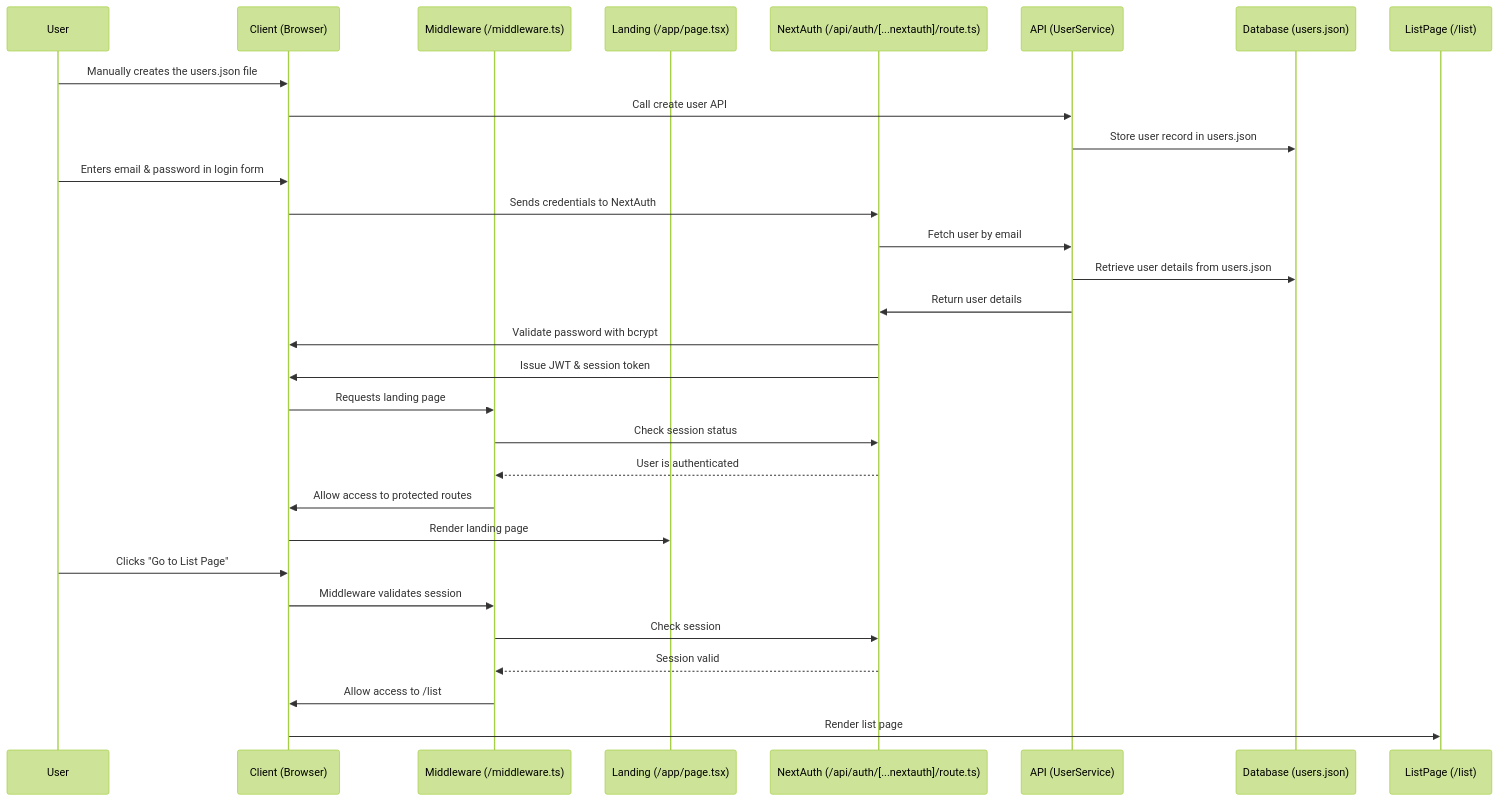
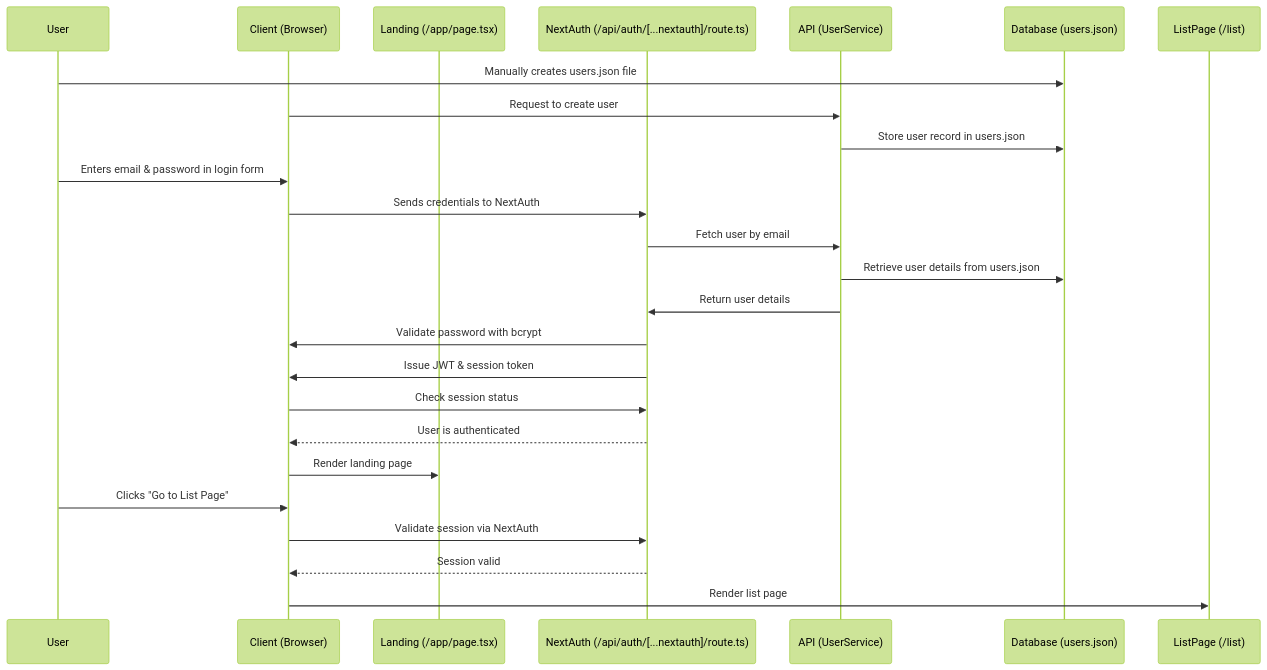
One commit to xmione/sunvoy changed the second of 2 diagrams in Docs/Process Flow - Next.js Authentication.md. Above: the diagram before and after it, drawn with Mermaid (forest theme).

Commit message:
Updated the sequence diagram

````diff
--- a/Docs/Process Flow - Next.js Authentication.md
+++ b/Docs/Process Flow - Next.js Authentication.md
@@ -43,42 +43,37 @@
 ```mermaid
 sequenceDiagram
     %% Participants
     participant U as User
     participant C as Client (Browser)
-    participant M as Middleware (/middleware.ts)
     participant LP as Landing (/app/page.tsx)
     participant NA as NextAuth (/api/auth/[...nextauth]/route.ts)
     participant API as API (UserService)
     participant DB as Database (users.json)
     participant LST as ListPage (/list)
 
     %% 1. Users Creation
-    U->>C: Manually creates the users.json file
-    C->>API: Call create user API
+    U->>DB: Manually creates users.json file
+    C->>API: Request to create user
     API->>DB: Store user record in users.json
     
     %% 2. Login Process
     U->>C: Enters email & password in login form
     C->>NA: Sends credentials to NextAuth
     NA->>API: Fetch user by email
     API->>DB: Retrieve user details from users.json
     API->>NA: Return user details
     NA->>C: Validate password with bcrypt
     NA->>C: Issue JWT & session token
 
     %% 3. Landing & Auto Sign‑In
-    C->>M: Requests landing page
-    M->>NA: Check session status
-    NA-->>M: User is authenticated
-    M->>C: Allow access to protected routes
+    C->>NA: Check session status
+    NA-->>C: User is authenticated
     C->>LP: Render landing page
 
-    %% 4. Navigate to Dashboard
+    %% 4. Navigate to List Page
     U->>C: Clicks "Go to List Page"
-    C->>M: Middleware validates session
-    M->>NA: Check session
-    NA-->>M: Session valid
-    M->>C: Allow access to /list
+    C->>NA: Validate session via NextAuth
+    NA-->>C: Session valid
     C->>LST: Render list page
 
 ```
````
